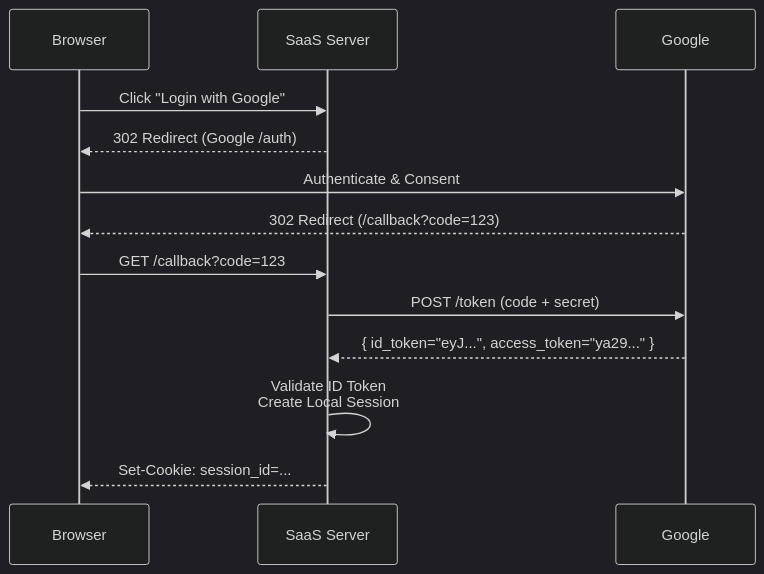
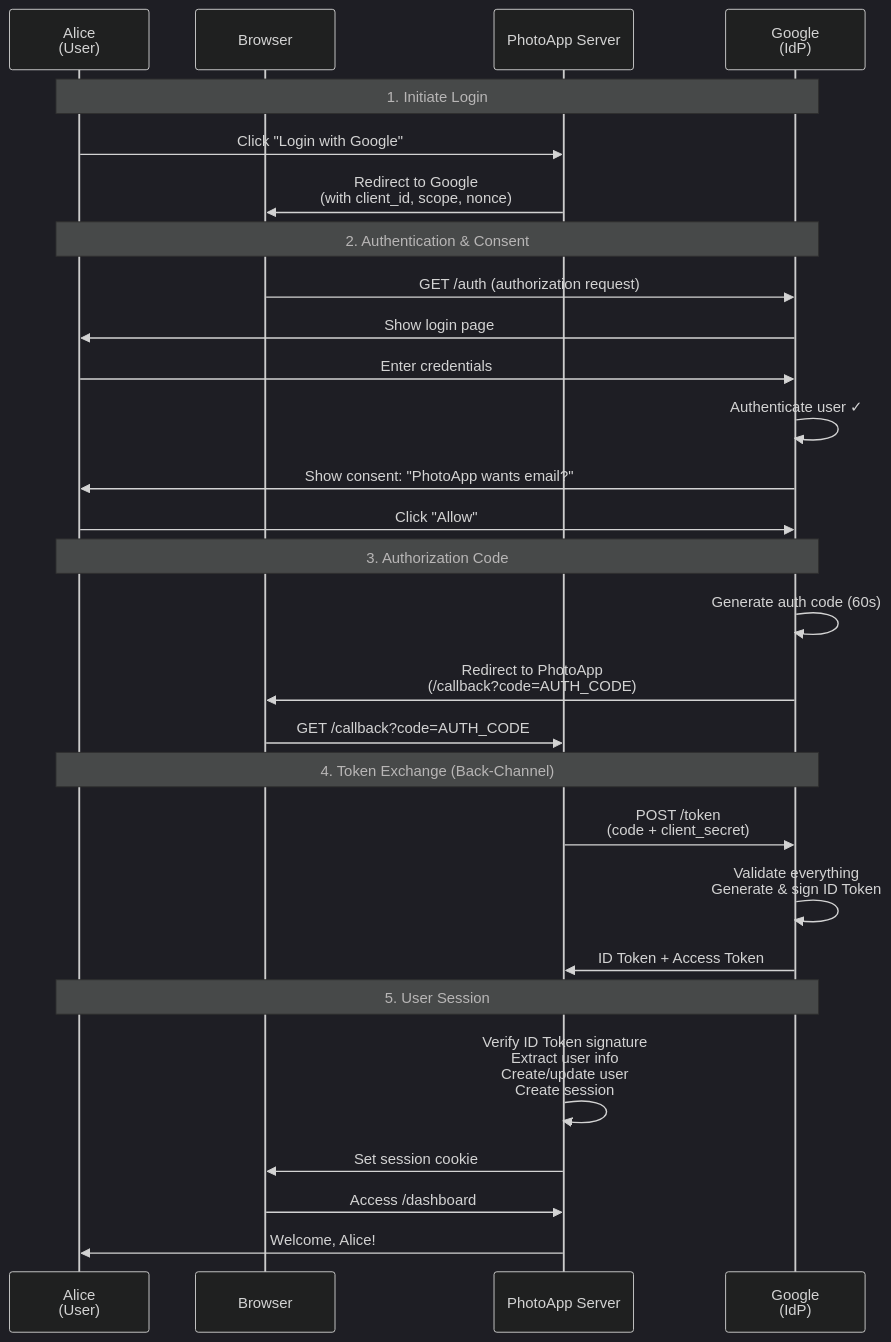
The fifth of 7 diagrams in Authz-AuthN/04_OAuth2_OIDC.md (Anmol33/SystemDesign), drawn with Mermaid (dark theme) before and after one commit. The commit also changed other lines of this file, not shown here.

````diff
--- a/Authz-AuthN/04_OAuth2_OIDC.md
+++ b/Authz-AuthN/04_OAuth2_OIDC.md
@@ -845,19 +840,35 @@
 ```mermaid
 sequenceDiagram
-    participant Browser
-    participant Server as SaaS Server
-    participant Google
+    participant Alice as Alice<br/>(User)
+    participant Browser as Browser
+    participant PhotoApp as PhotoApp Server
+    participant Google as Google<br/>(IdP)
     
-    Browser->>Server: Click "Login with Google"
-    Server-->>Browser: 302 Redirect (Google /auth)
-    Browser->>Google: Authenticate & Consent
-    Google-->>Browser: 302 Redirect (/callback?code=123)
-    Browser->>Server: GET /callback?code=123
+    Note over Alice,Google: 1. Initiate Login
+    Alice->>PhotoApp: Click "Login with Google"
+    PhotoApp->>Browser: Redirect to Google<br/>(with client_id, scope, nonce)
     
-    Server->>Google: POST /token (code + secret)
-    Google-->>Server: { id_token="eyJ...", access_token="ya29..." }
+    Note over Alice,Google: 2. Authentication & Consent
+    Browser->>Google: GET /auth (authorization request)
+    Google->>Alice: Show login page
+    Alice->>Google: Enter credentials
+    Google->>Google: Authenticate user ✓
+    Google->>Alice: Show consent: "PhotoApp wants email?"
+    Alice->>Google: Click "Allow"
     
-    Server->>Server: Validate ID Token<br/>Create Local Session
+    Note over Alice,Google: 3. Authorization Code
+    Google->>Google: Generate auth code (60s)
+    Google->>Browser: Redirect to PhotoApp<br/>(/callback?code=AUTH_CODE)
+    Browser->>PhotoApp: GET /callback?code=AUTH_CODE
     
-    Server-->>Browser: Set-Cookie: session_id=...
+    Note over Alice,Google: 4. Token Exchange (Back-Channel)
+    PhotoApp->>Google: POST /token<br/>(code + client_secret)
+    Google->>Google: Validate everything<br/>Generate & sign ID Token
+    Google->>PhotoApp: ID Token + Access Token
+    
+    Note over Alice,Google: 5. User Session
+    PhotoApp->>PhotoApp: Verify ID Token signature<br/>Extract user info<br/>Create/update user<br/>Create session
+    PhotoApp->>Browser: Set session cookie
+    Browser->>PhotoApp: Access /dashboard
+    PhotoApp->>Alice: Welcome, Alice!
 ```
````
